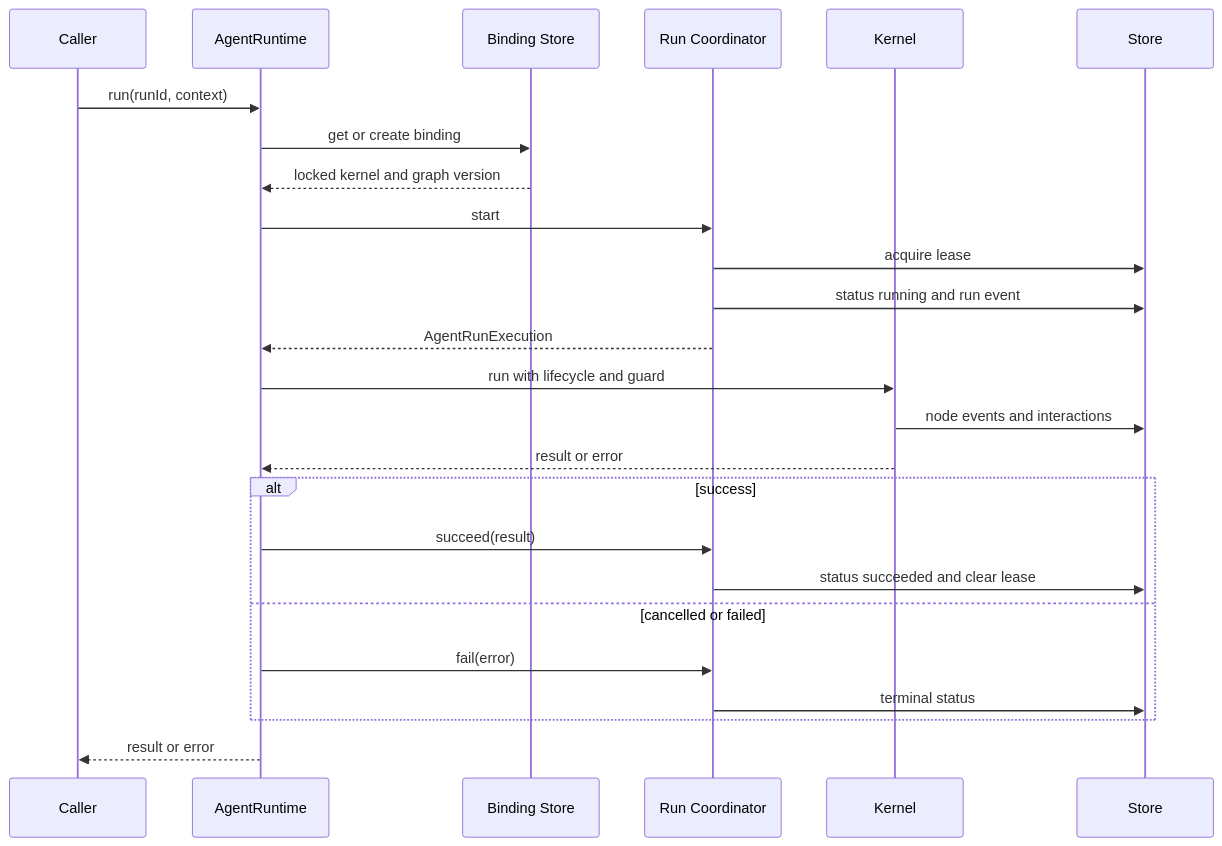
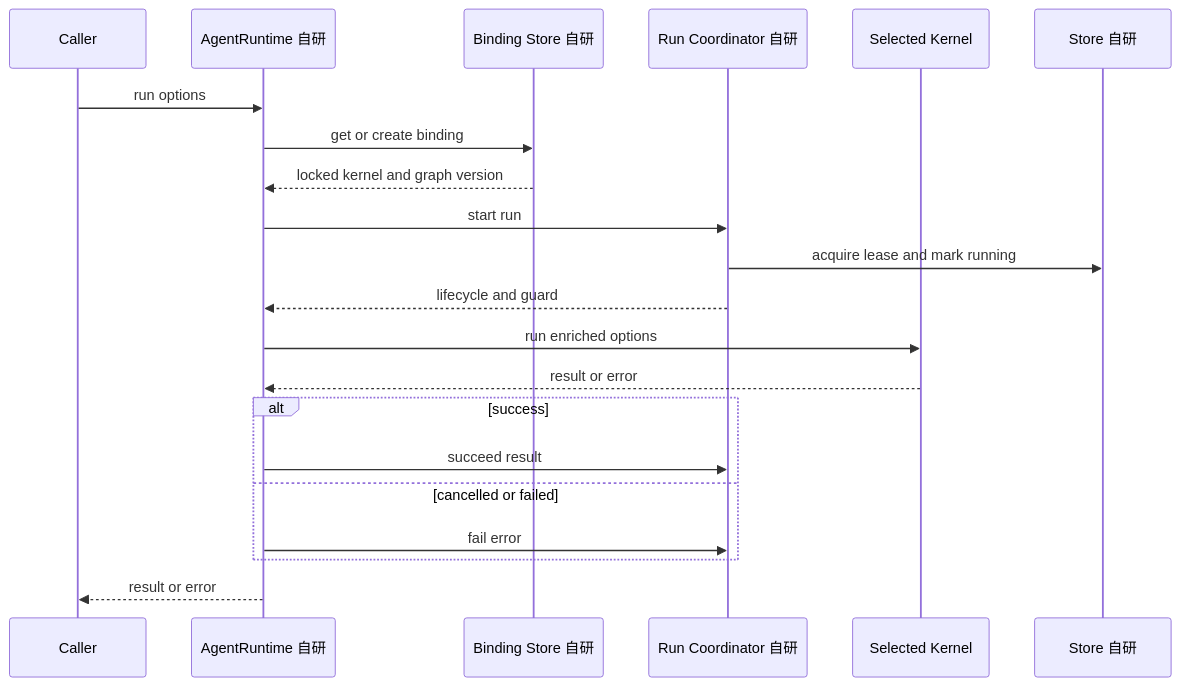
The second of 4 diagrams in docs/design/02-agent-runtime.md (Wpxknight/agentdemo), drawn with Mermaid before and after one commit. The commit also changed other lines of this file and 5 other files, not shown here.

First line of the commit message:
docs: clarify agent runtime ownership boundaries

```diff
--- a/docs/design/02-agent-runtime.md
+++ b/docs/design/02-agent-runtime.md
@@ -75,28 +122,24 @@
 ~~~mermaid
 sequenceDiagram
   participant C as Caller
-  participant R as AgentRuntime
-  participant B as Binding Store
-  participant O as Run Coordinator
-  participant K as Kernel
-  participant S as Store
+  participant R as AgentRuntime 自研
+  participant B as Binding Store 自研
+  participant O as Run Coordinator 自研
+  participant K as Selected Kernel
+  participant S as Store 自研
 
-  C->>R: run(runId, context)
+  C->>R: run options
   R->>B: get or create binding
   B-->>R: locked kernel and graph version
-  R->>O: start
-  O->>S: acquire lease
-  O->>S: status running and run event
-  O-->>R: AgentRunExecution
-  R->>K: run with lifecycle and guard
-  K->>S: node events and interactions
+  R->>O: start run
+  O->>S: acquire lease and mark running
+  O-->>R: lifecycle and guard
+  R->>K: run enriched options
   K-->>R: result or error
   alt success
-    R->>O: succeed(result)
-    O->>S: status succeeded and clear lease
+    R->>O: succeed result
   else cancelled or failed
-    R->>O: fail(error)
-    O->>S: terminal status
+    R->>O: fail error
   end
   R-->>C: result or error
 ~~~
```
